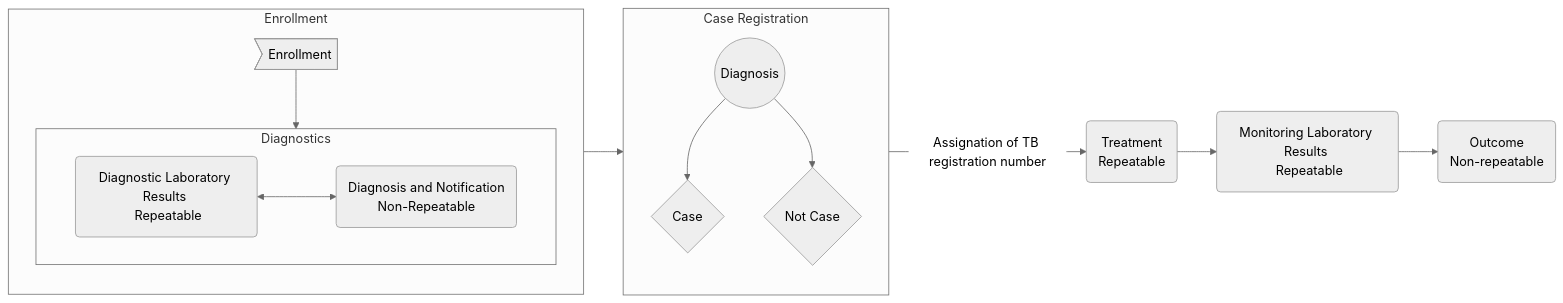
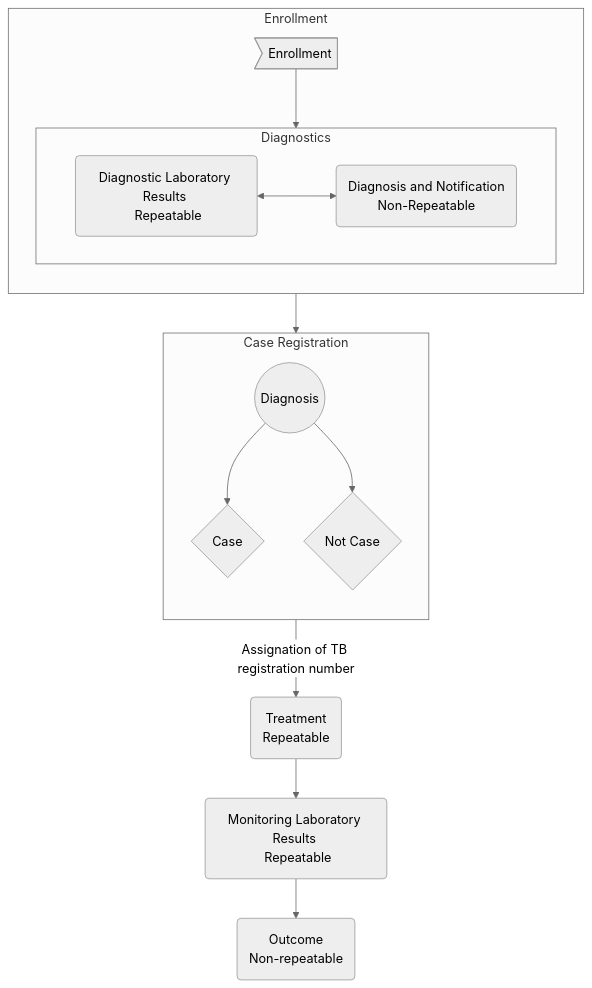
The diagram in docs/tb_cs-design-3.0.0.md (dhis2-metadata/TBCS-TB_Case_Surveillance), drawn with Mermaid (neutral theme) before and after one commit.

````diff
--- a/docs/tb_cs-design-3.0.0.md
+++ b/docs/tb_cs-design-3.0.0.md
@@ -3,32 +3,32 @@
 ```mermaid
 %%{init: {'mirrorActors': false } }%%
 
-flowchart LR
+flowchart TD
   id1>Enrollment]
   id2(Diagnostic Laboratory Results <br> Repeatable)
   id3(Diagnosis and Notification <br> Non-Repeatable)
   id4((Diagnosis))
   id5{Case}
   id6{Not Case}
   id7(Treatment <br> Repeatable)
   id8(Monitoring Laboratory Results <br> Repeatable)
   id9(Outcome <br> Non-repeatable)
   subgraph Enrollment
     direction TB
     subgraph Diagnostics
        direction LR
        id2 <--> id3
     end
     id1 --> Diagnostics
   end
   subgraph Case Registration
     direction TB
     id4 --> id5
     id4 --> id6
   end
   Enrollment --> id4
   id5 -- Assignation of TB registration number --> id7
   id7 --> id8
   id8 --> id9
   
 ```
````
